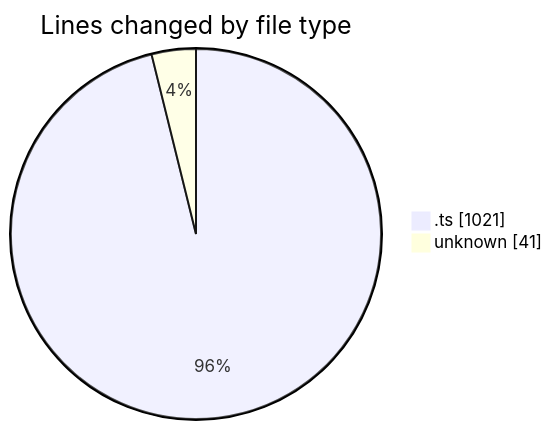
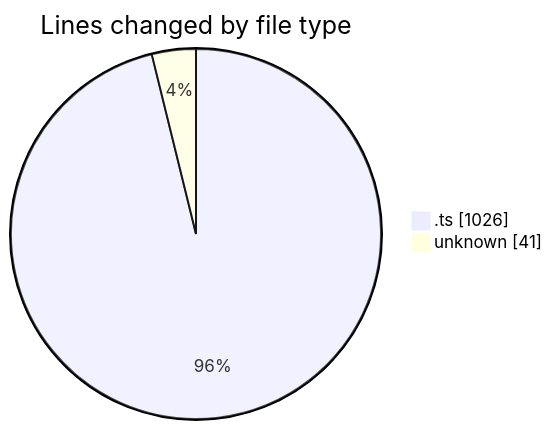
The first of 2 diagrams in 2025-08-11/cda/README.md (momahboobian/code-tracking), drawn with Mermaid before and after one commit. The commit also changed other lines of this file and 1 other file, not shown here.

````diff
--- a/2025-08-11/cda/README.md
+++ b/2025-08-11/cda/README.md
@@ -23,6 +23,6 @@
 ```mermaid
 pie showData
 title Lines changed by file type
-".ts" : 1021
+".ts" : 1026
 "unknown" : 41
 ```
````
